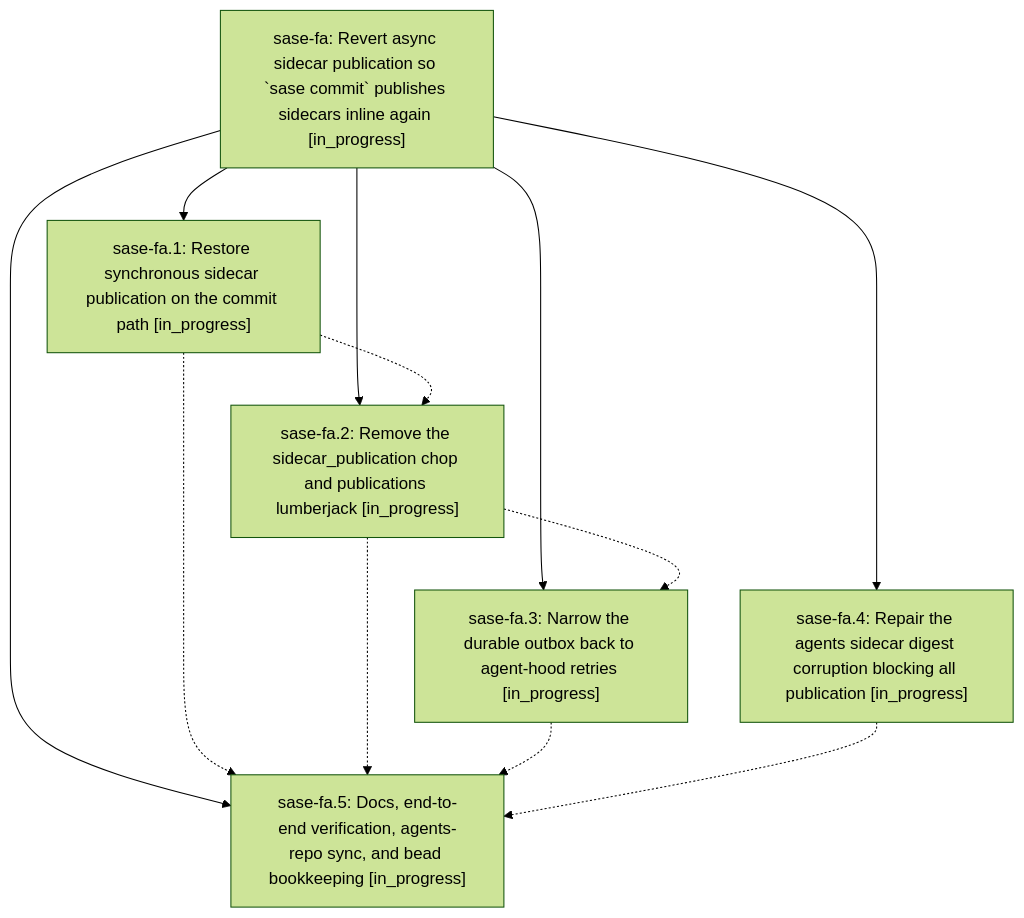
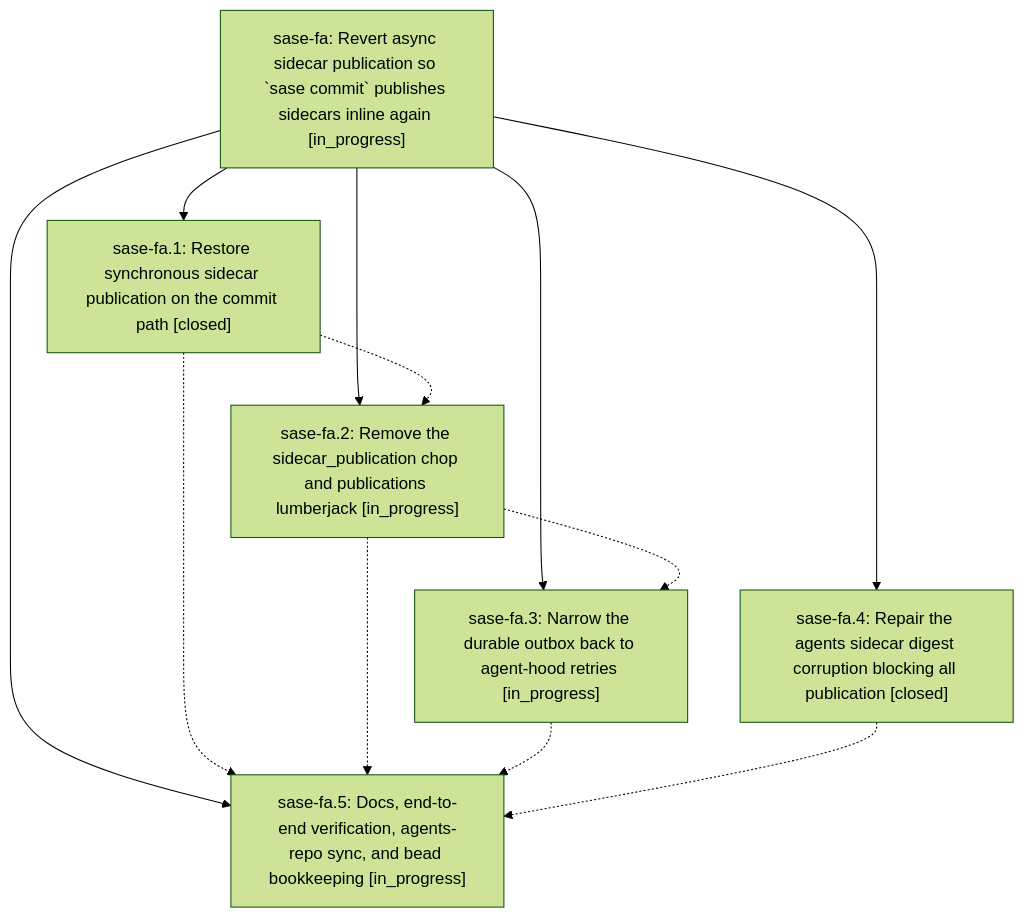
One commit to sase-org/sase--beads changed the diagram in pages/sase-fa/README.md. Above: the diagram before and after it, drawn with Mermaid (forest theme). The commit also changed other lines of this file and 4 other files, not shown here.

````diff
--- a/pages/sase-fa/README.md
+++ b/pages/sase-fa/README.md
@@ -26,20 +26,20 @@
 ```mermaid
 flowchart TD
     n0["sase-fa: Revert async sidecar publication so `sase commit` publishes sidecars inline again [in_progress]"]
-    n1["sase-fa.1: Restore synchronous sidecar publication on the commit path [in_progress]"]
+    n1["sase-fa.1: Restore synchronous sidecar publication on the commit path [closed]"]
     n2["sase-fa.2: Remove the sidecar_publication chop and publications lumberjack [in_progress]"]
     n3["sase-fa.3: Narrow the durable outbox back to agent-hood retries [in_progress]"]
-    n4["sase-fa.4: Repair the agents sidecar digest corruption blocking all publication [in_progress]"]
+    n4["sase-fa.4: Repair the agents sidecar digest corruption blocking all publication [closed]"]
     n5["sase-fa.5: Docs, end-to-end verification, agents-repo sync, and bead bookkeeping [in_progress]"]
     n0 --> n1
     n0 --> n2
     n0 --> n3
     n0 --> n4
     n0 --> n5
     n1 -.-> n2
     n1 -.-> n5
     n2 -.-> n3
     n2 -.-> n5
     n3 -.-> n5
     n4 -.-> n5
 ```
````
